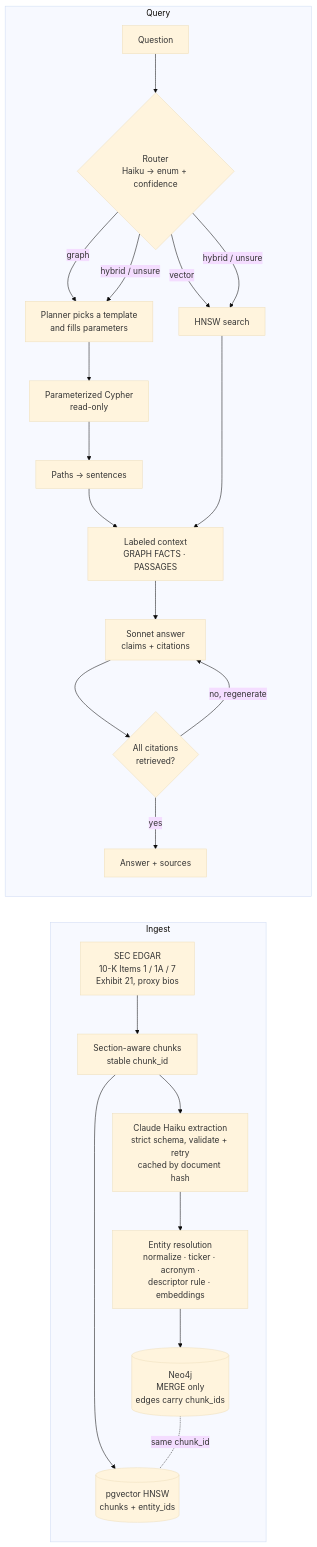
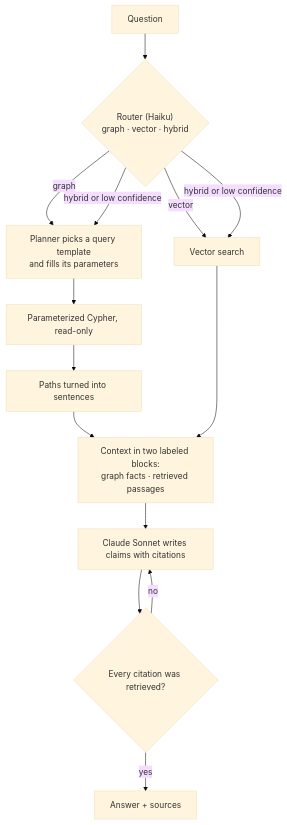
One commit to sharmaakhil-work/hopgraph changed the second of 2 diagrams in README.md. Above: the diagram before and after it, drawn with Mermaid (base theme). The commit also changed other lines of this file, not shown here.

Commit message:
Make the README architecture diagrams readable on GitHub
The single side-by-side diagram rendered too small to read; it is now two
top-to-bottom diagrams, one for building the graph and one for answering.

````diff
--- a/README.md
+++ b/README.md
@@ -38,23 +52,14 @@
 ```mermaid
-flowchart LR
-  subgraph Ingest
-    E[SEC EDGAR<br/>10-K Items 1 / 1A / 7<br/>Exhibit 21, proxy bios] --> C[Section-aware chunks<br/>stable chunk_id]
-    C --> X[Claude Haiku extraction<br/>strict schema, validate + retry<br/>cached by document hash]
-    X --> R[Entity resolution<br/>normalize · ticker · acronym ·<br/>descriptor rule · embeddings]
-    R --> N[(Neo4j<br/>MERGE only<br/>edges carry chunk_ids)]
-    C --> V[(pgvector HNSW<br/>chunks + entity_ids)]
-  end
-  subgraph Query
-    Q[Question] --> RT{Router<br/>Haiku → enum + confidence}
-    RT -- graph --> P[Planner picks a template<br/>and fills parameters]
-    P --> T[Parameterized Cypher<br/>read-only] --> VB[Paths → sentences]
-    RT -- vector --> VS[HNSW search]
-    RT -- hybrid / unsure --> P & VS
-    VB --> CTX[Labeled context<br/>GRAPH FACTS · PASSAGES]
-    VS --> CTX
-    CTX --> G[Sonnet answer<br/>claims + citations] --> CV{All citations<br/>retrieved?}
-    CV -- no, regenerate --> G
-    CV -- yes --> A[Answer + sources]
-  end
-  N -. same chunk_id .- V
+flowchart TD
+  Q["Question"] --> RT{"Router (Haiku)<br/>graph · vector · hybrid"}
+  RT -->|graph| P["Planner picks a query template<br/>and fills its parameters"]
+  RT -->|vector| VS["Vector search"]
+  RT -->|"hybrid or low confidence"| P & VS
+  P --> T["Parameterized Cypher, read-only"] --> VB["Paths turned into sentences"]
+  VB --> CTX["Context in two labeled blocks:<br/>graph facts · retrieved passages"]
+  VS --> CTX
+  CTX --> G["Claude Sonnet writes claims with citations"]
+  G --> CV{"Every citation was retrieved?"}
+  CV -->|no| G
+  CV -->|yes| A["Answer + sources"]
 ```
````
